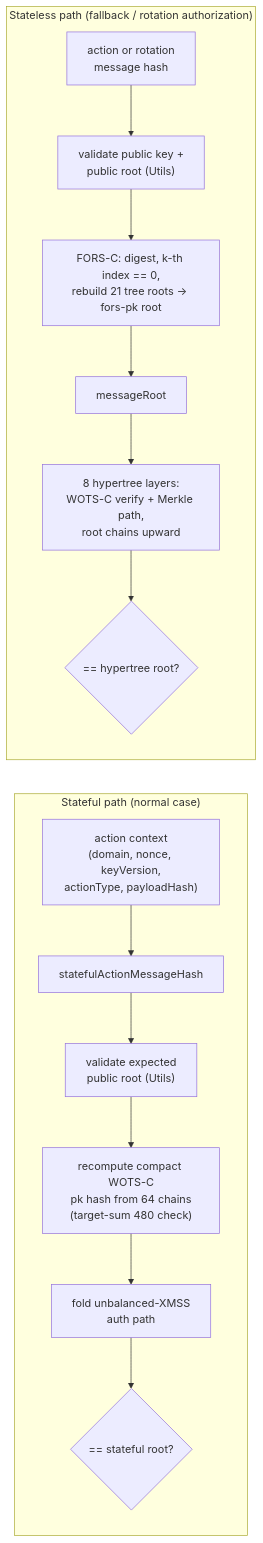
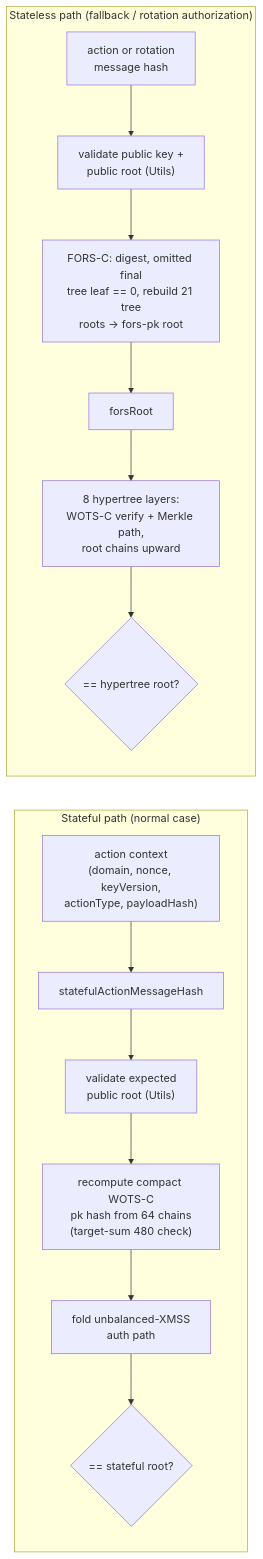
One commit to QuipNetwork/hashsigs-solidity changed the second of 2 diagrams in README.md. Above: the diagram before and after it, drawn with Mermaid. The commit also changed other lines of this file and 1 other file, not shown here.

````diff
--- a/README.md
+++ b/README.md
@@ -130,18 +198,18 @@
 ```mermaid
 flowchart LR
     subgraph "Stateful path (normal case)"
         A1["action context<br/>(domain, nonce, keyVersion,<br/>actionType, payloadHash)"] --> A2["statefulActionMessageHash"]
         A2 --> A3["validate expected<br/>public root (Utils)"]
         A3 --> A4["recompute compact WOTS-C<br/>pk hash from 64 chains<br/>(target-sum 480 check)"]
         A4 --> A5["fold unbalanced-XMSS<br/>auth path"]
         A5 --> A6{"== stateful root?"}
     end
 
     subgraph "Stateless path (fallback / rotation authorization)"
         B1["action or rotation<br/>message hash"] --> B2["validate public key +<br/>public root (Utils)"]
-        B2 --> B3["FORS-C: digest, k-th index == 0,<br/>rebuild 21 tree roots → fors-pk root"]
-        B3 --> B4["messageRoot"]
+        B2 --> B3["FORS-C: digest, omitted final<br/>tree leaf == 0, rebuild 21 tree<br/>roots → fors-pk root"]
+        B3 --> B4["forsRoot"]
         B4 --> B5["8 hypertree layers:<br/>WOTS-C verify + Merkle path,<br/>root chains upward"]
         B5 --> B6{"== hypertree root?"}
     end
 ```
````
